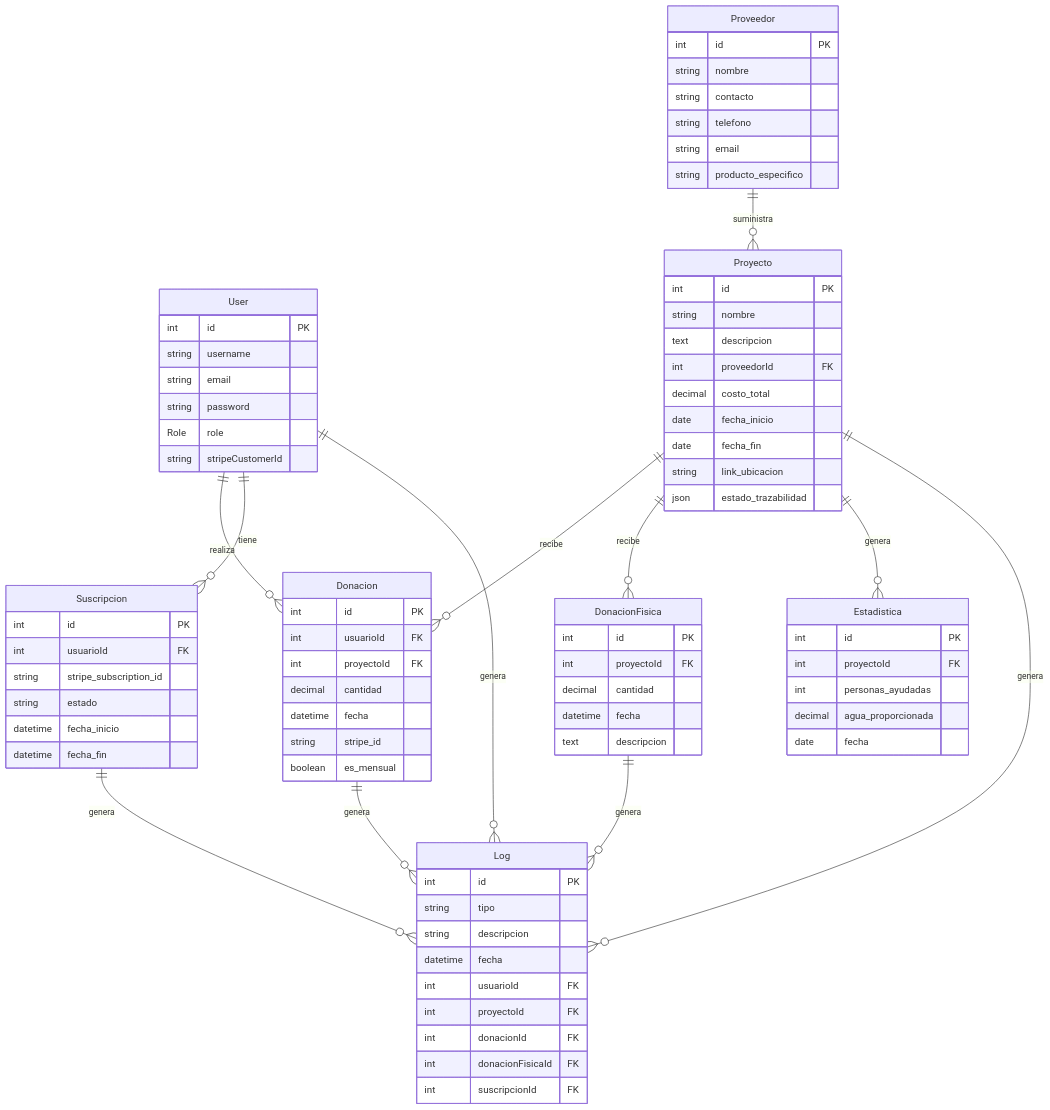
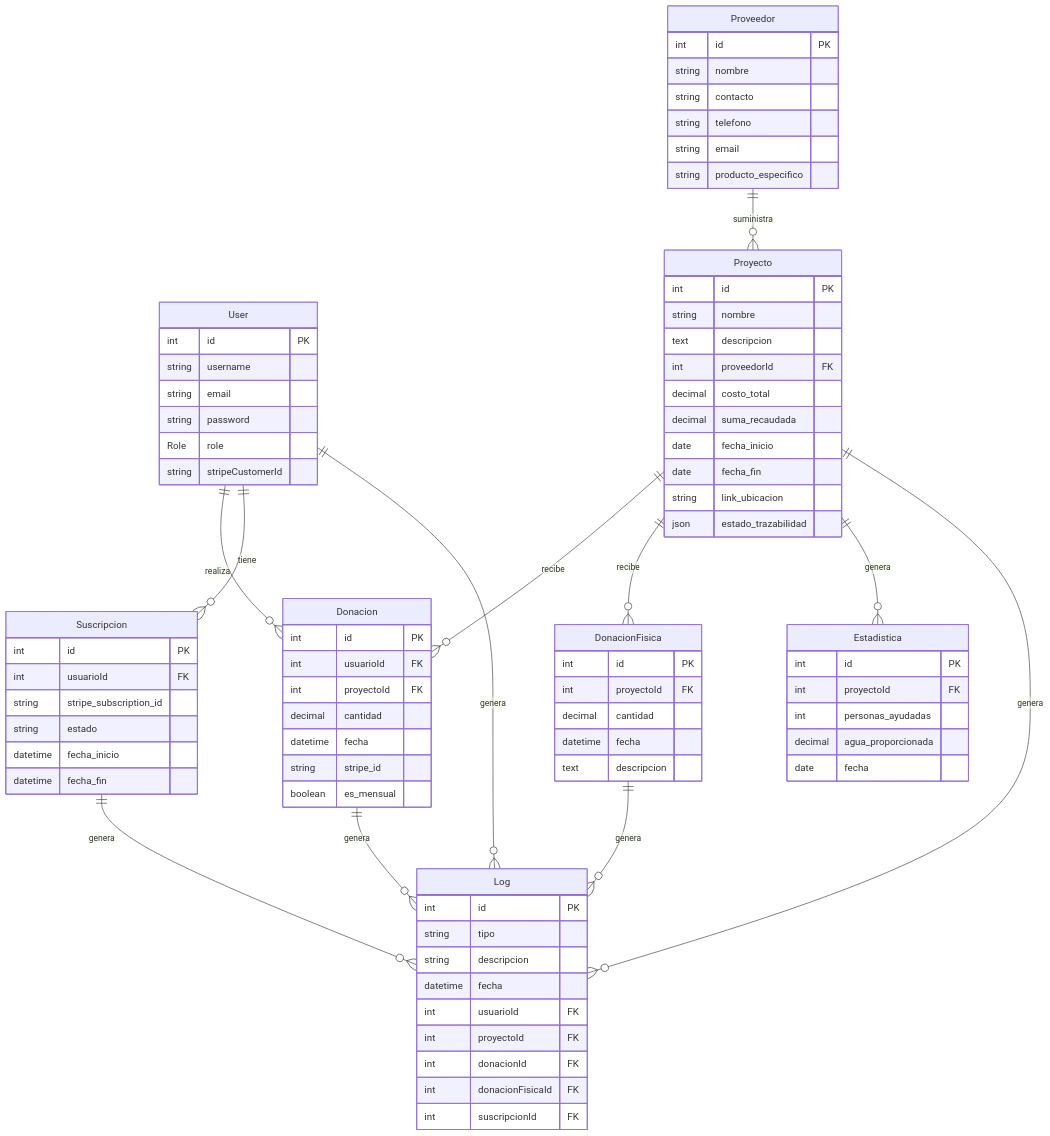
One commit to Emilio-Ramirez/SandersApp changed the diagram in README.md. Above: the diagram before and after it, drawn with Mermaid. The commit also changed 11 other files, not shown here.

```diff
--- a/README.md
+++ b/README.md
@@ -52,6 +52,7 @@
         text descripcion
         int proveedorId FK
         decimal costo_total
+        decimal suma_recaudada
         date fecha_inicio
         date fecha_fin
         string link_ubicacion
```
